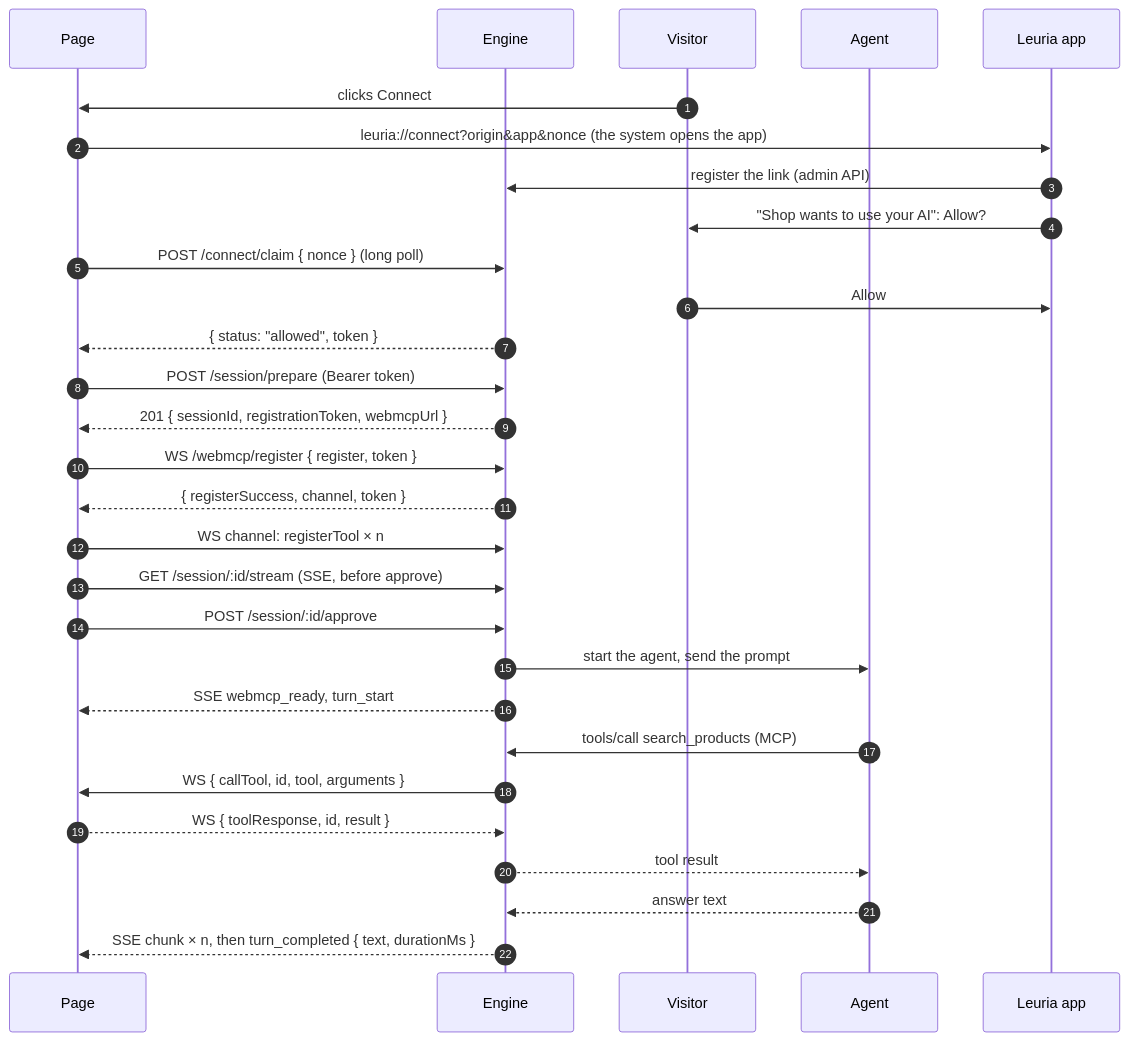
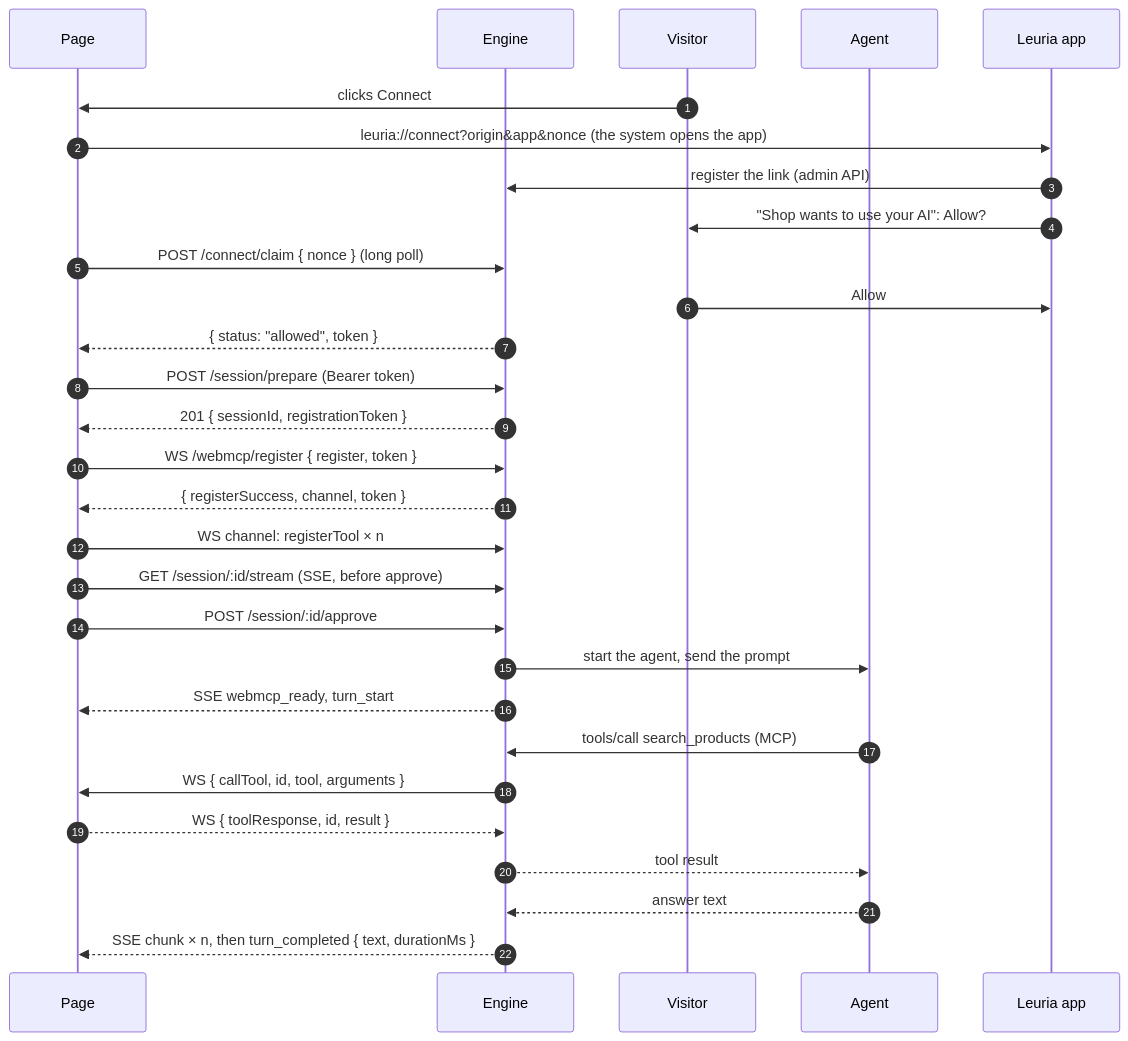
One commit to leur-ia/leuria changed the second of 3 diagrams in docs/developers/protocol.md. Above: the diagram before and after it, drawn with Mermaid. The commit also changed other lines of this file and 66 other files, not shown here.

````diff
--- a/docs/developers/protocol.md
+++ b/docs/developers/protocol.md
@@ -30,31 +30,31 @@
 ```mermaid
 sequenceDiagram
   autonumber
   participant P as Page
   participant E as Engine
   participant V as Visitor
   participant A as Agent
   participant L as Leuria app
   V->>P: clicks Connect
   P->>L: leuria://connect?origin&app&nonce (the system opens the app)
   L->>E: register the link (admin API)
   L->>V: "Shop wants to use your AI": Allow?
   P->>E: POST /connect/claim { nonce } (long poll)
   V->>L: Allow
   E-->>P: { status: "allowed", token }
   P->>E: POST /session/prepare (Bearer token)
-  E-->>P: 201 { sessionId, registrationToken, webmcpUrl }
+  E-->>P: 201 { sessionId, registrationToken }
   P->>E: WS /webmcp/register { register, token }
   E-->>P: { registerSuccess, channel, token }
   P->>E: WS channel: registerTool × n
   P->>E: GET /session/:id/stream (SSE, before approve)
   P->>E: POST /session/:id/approve
   E->>A: start the agent, send the prompt
   E-->>P: SSE webmcp_ready, turn_start
   A->>E: tools/call search_products (MCP)
   E->>P: WS { callTool, id, tool, arguments }
   P-->>E: WS { toolResponse, id, result }
   E-->>A: tool result
   A-->>E: answer text
   E-->>P: SSE chunk × n, then turn_completed { text, durationMs }
 ```
````
